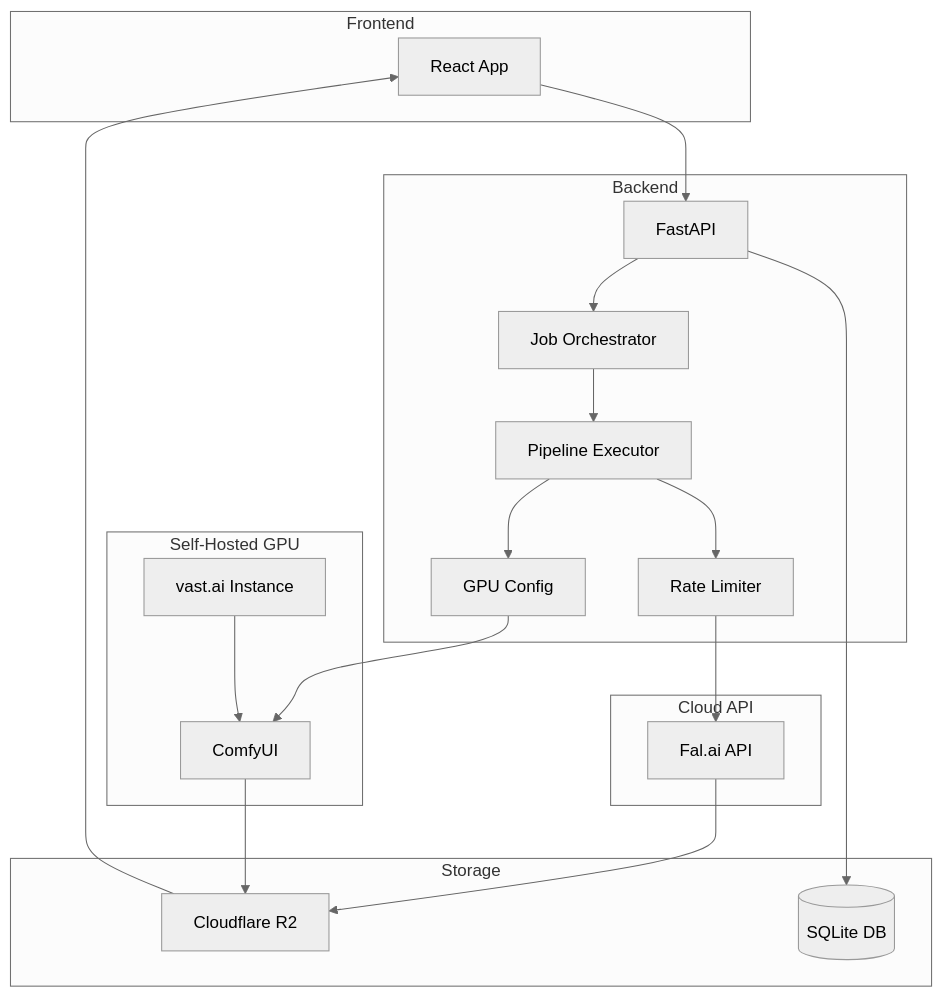
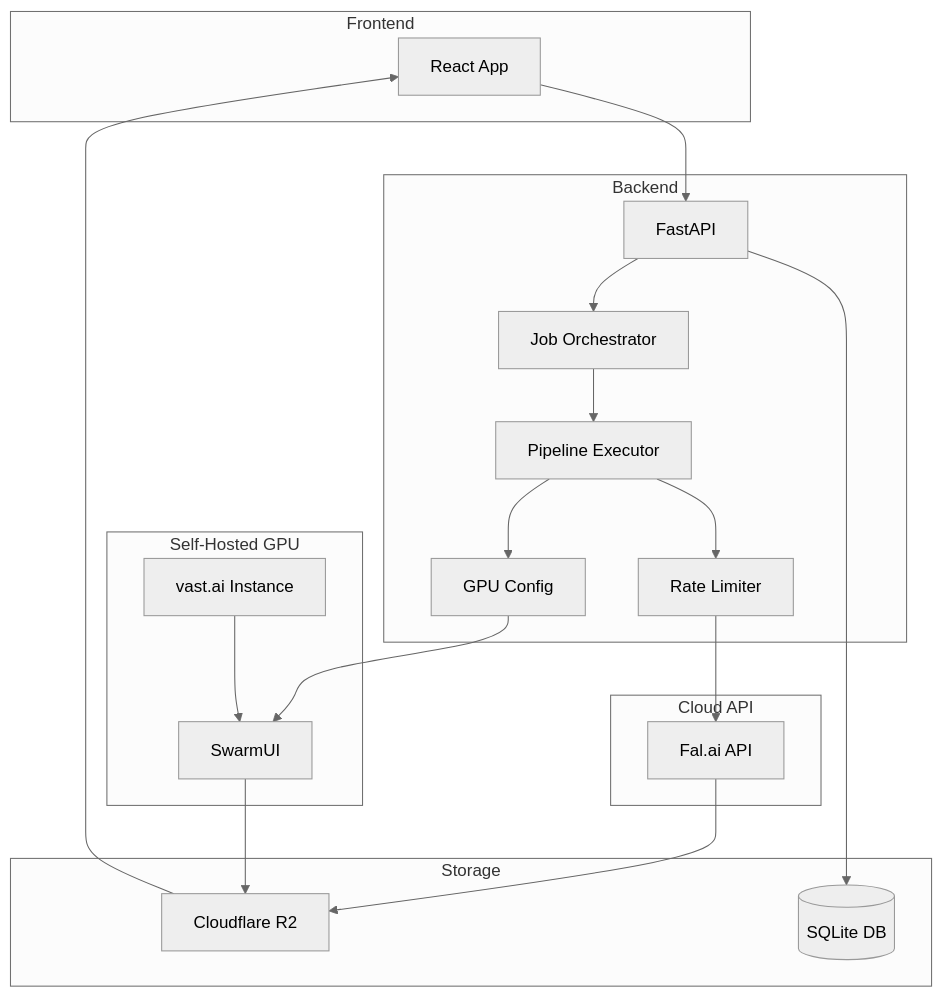
Before and after one commit to YallaPapi/i2v: the diagram in docs/architecture/overview.md, drawn with Mermaid (neutral theme). The commit also changed other lines of this file and 32 other files, not shown here.

````diff
--- a/docs/architecture/overview.md
+++ b/docs/architecture/overview.md
@@ -5,41 +7,41 @@
 ```mermaid
 graph TB
     subgraph Frontend
         A[React App]
     end
 
     subgraph Backend
         B[FastAPI]
         C[Job Orchestrator]
         D[Pipeline Executor]
         E[Rate Limiter]
         I[GPU Config]
     end
 
     subgraph CloudAPI[Cloud API]
         F[Fal.ai API]
     end
 
     subgraph SelfHosted[Self-Hosted GPU]
         J[vast.ai Instance]
-        K[ComfyUI]
+        K[SwarmUI]
     end
 
     subgraph Storage
         G[Cloudflare R2]
         H[(SQLite DB)]
     end
 
     A --> B
     B --> C
     C --> D
     D --> E
     E --> F
     D --> I
     I --> K
     J --> K
     F --> G
     K --> G
     B --> H
     G --> A
 ```
````
